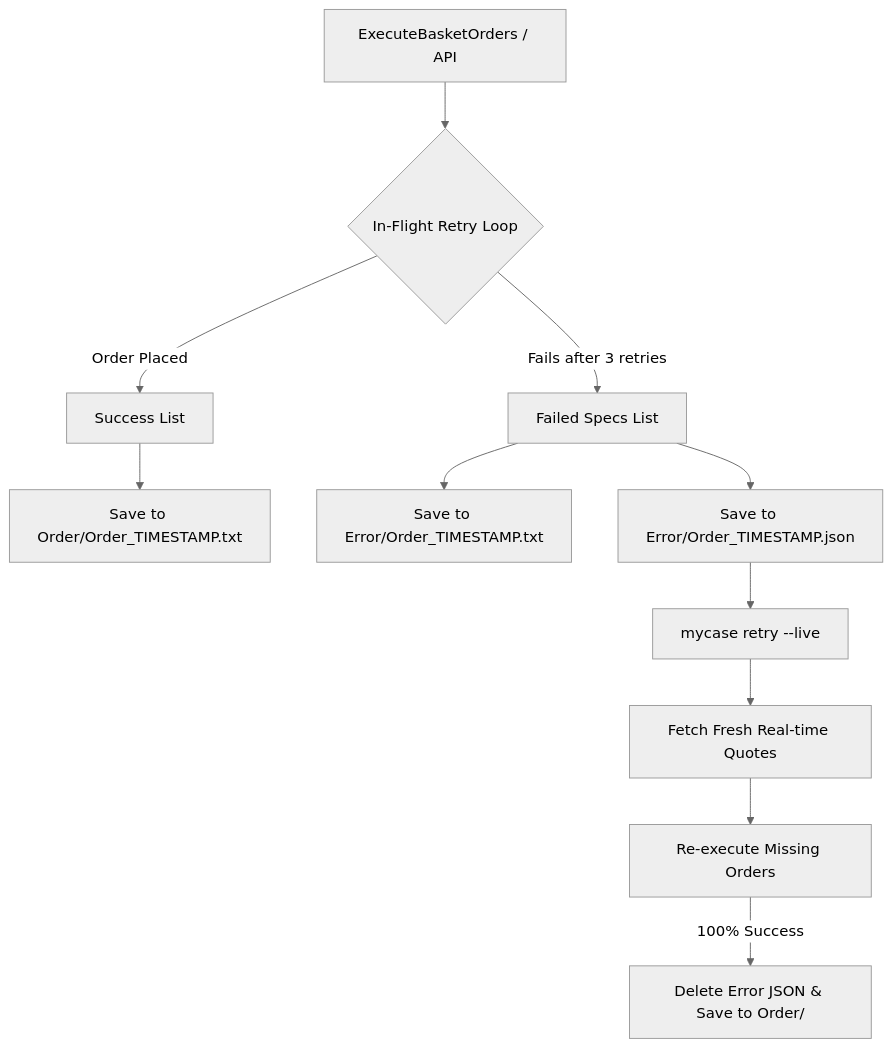
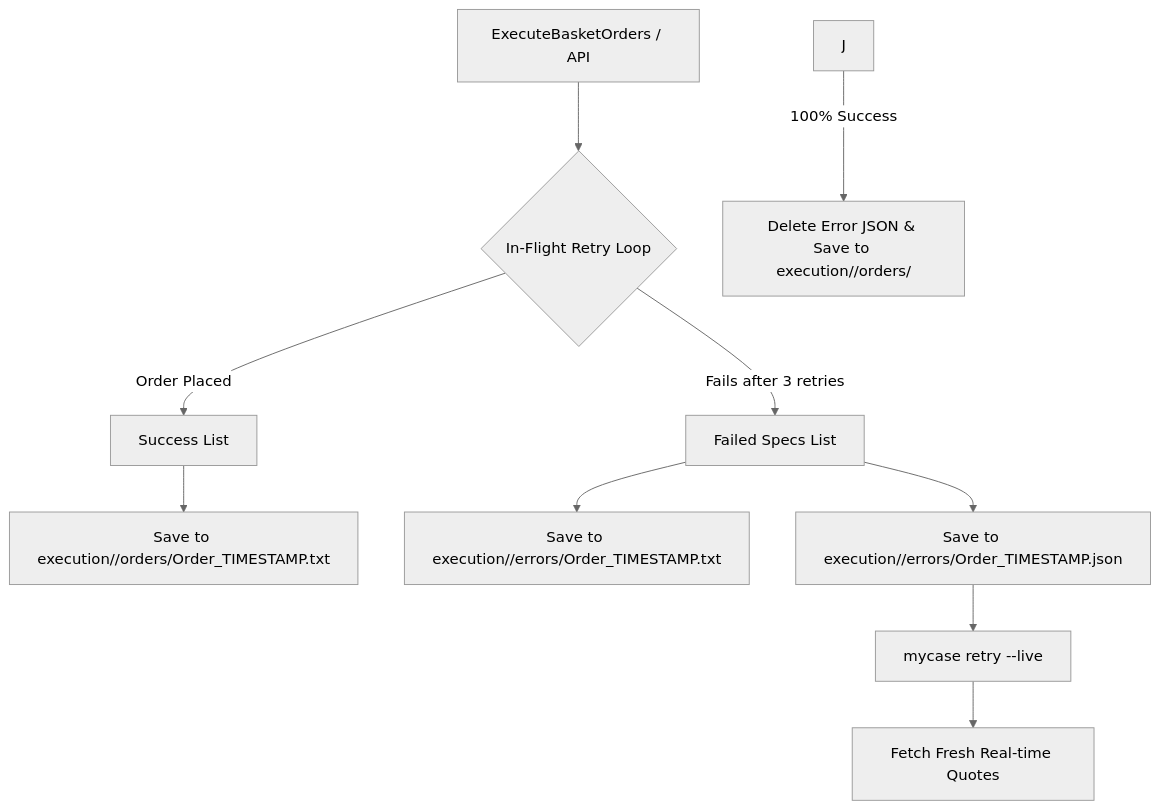
Before and after one commit to raghavkgarg/mycase: the diagram in docs/20-executor-retry.md, drawn with Mermaid (neutral theme). The commit also changed other lines of this file and 41 other files, not shown here.

````diff
--- a/docs/20-executor-retry.md
+++ b/docs/20-executor-retry.md
@@ -42,13 +42,12 @@
 ```mermaid
 flowchart TD
     A["ExecuteBasketOrders / API"] --> B{"In-Flight Retry Loop"}
     B -->|"Order Placed"| C["Success List"]
     B -->|"Fails after 3 retries"| D["Failed Specs List"]
-    C --> E["Save to Order/Order_TIMESTAMP.txt"]
-    D --> F["Save to Error/Order_TIMESTAMP.txt"]
-    D --> G["Save to Error/Order_TIMESTAMP.json"]
+    C --> E["Save to execution/<market>/orders/Order_TIMESTAMP.txt"]
+    D --> F["Save to execution/<market>/errors/Order_TIMESTAMP.txt"]
+    D --> G["Save to execution/<market>/errors/Order_TIMESTAMP.json"]
     G --> H["mycase retry --live"]
     H --> I["Fetch Fresh Real-time Quotes"]
-    I --> J["Re-execute Missing Orders"]
-    J -->|"100% Success"| K["Delete Error JSON & Save to Order/"]
+    J -->|"100% Success"| K["Delete Error JSON & Save to execution/<market>/orders/"]
 ```
````
